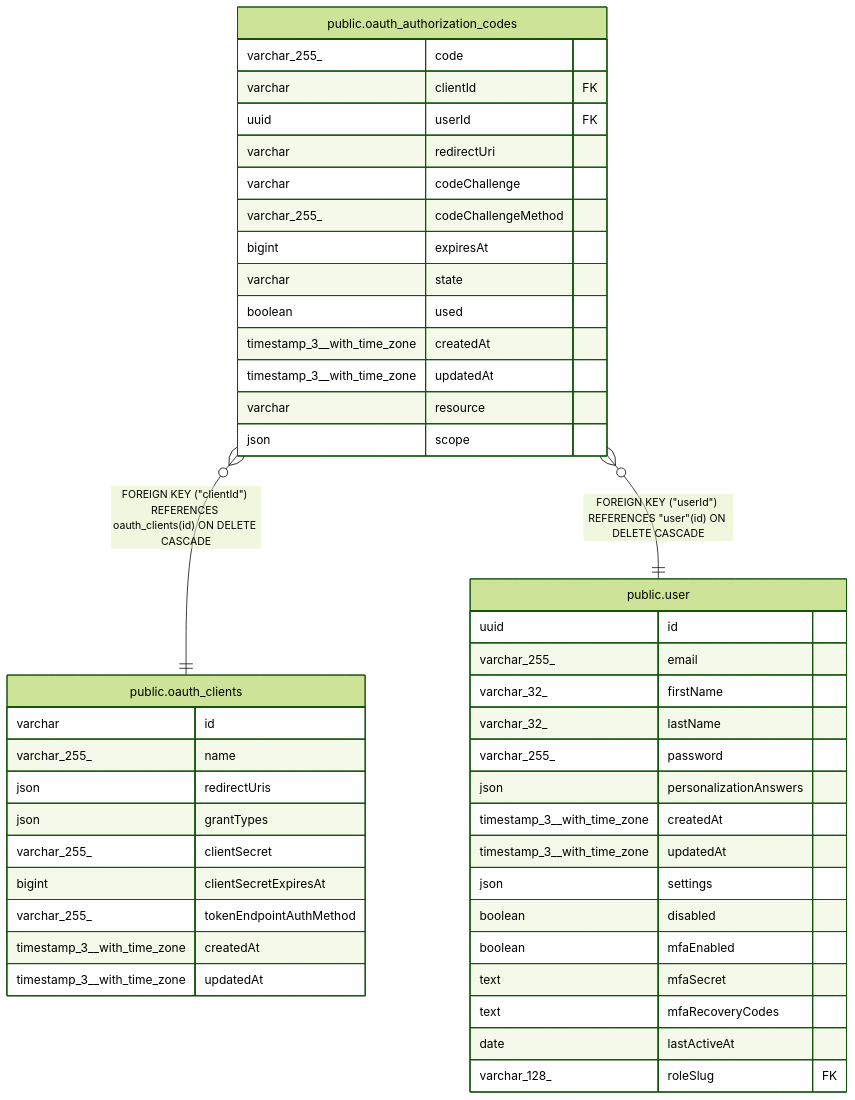
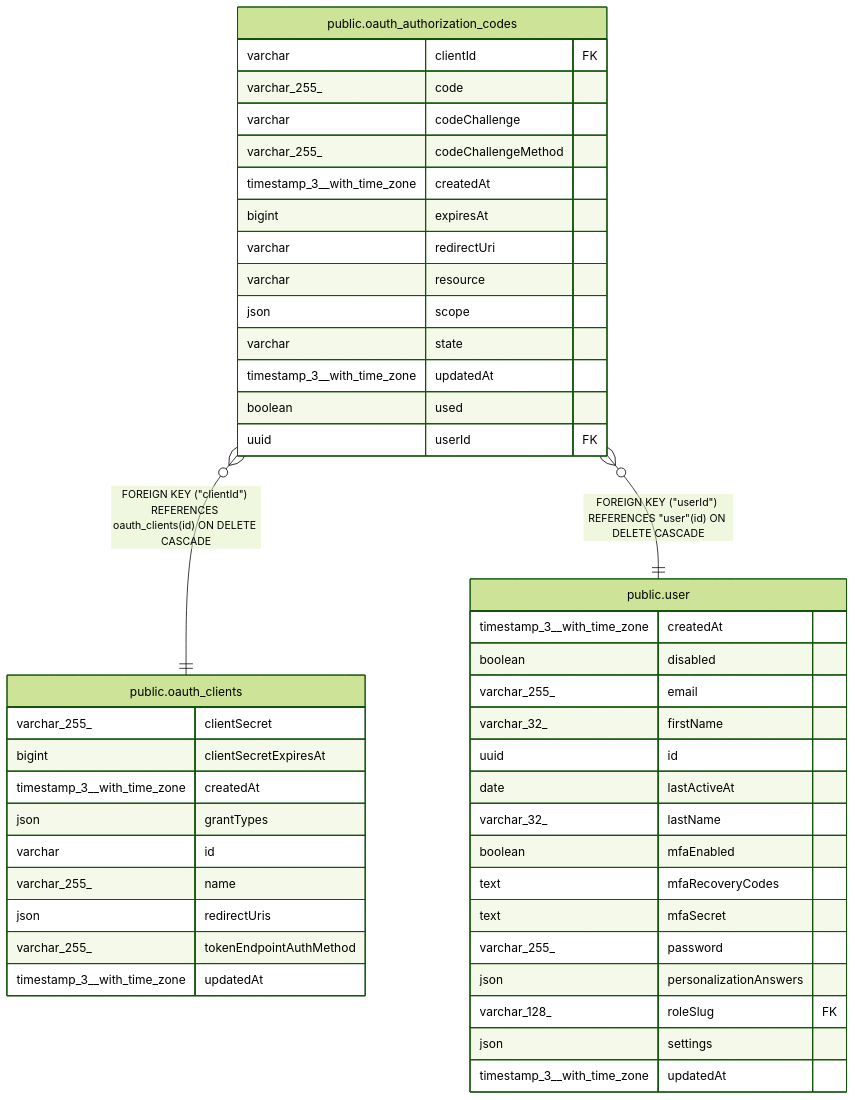
The diagram in docs/generated/postgres-schema/public.oauth_authorization_codes.md (mayankjain1815-commits/n8n), drawn with Mermaid (forest theme) before and after one commit. The commit also changed other lines of this file and 221 other files, not shown here.

Commit message:
chore(core): Make DB schema docs generation deterministic (#32373)

````diff
--- a/docs/generated/postgres-schema/public.oauth_authorization_codes.md
+++ b/docs/generated/postgres-schema/public.oauth_authorization_codes.md
@@ -48,50 +48,50 @@
 ```mermaid
 erDiagram
 
 "public.oauth_authorization_codes" }o--|| "public.oauth_clients" : "FOREIGN KEY (#quot;clientId#quot;) REFERENCES oauth_clients(id) ON DELETE CASCADE"
 "public.oauth_authorization_codes" }o--|| "public.user" : "FOREIGN KEY (#quot;userId#quot;) REFERENCES #quot;user#quot;(id) ON DELETE CASCADE"
 
 "public.oauth_authorization_codes" {
+  varchar clientId FK
   varchar_255_ code
-  varchar clientId FK
-  uuid userId FK
-  varchar redirectUri
   varchar codeChallenge
   varchar_255_ codeChallengeMethod
+  timestamp_3__with_time_zone createdAt
   bigint expiresAt
-  varchar state
-  boolean used
-  timestamp_3__with_time_zone createdAt
-  timestamp_3__with_time_zone updatedAt
+  varchar redirectUri
   varchar resource
   json scope
+  varchar state
+  timestamp_3__with_time_zone updatedAt
+  boolean used
+  uuid userId FK
 }
 "public.oauth_clients" {
+  varchar_255_ clientSecret
+  bigint clientSecretExpiresAt
+  timestamp_3__with_time_zone createdAt
+  json grantTypes
   varchar id
   varchar_255_ name
   json redirectUris
-  json grantTypes
-  varchar_255_ clientSecret
-  bigint clientSecretExpiresAt
   varchar_255_ tokenEndpointAuthMethod
-  timestamp_3__with_time_zone createdAt
   timestamp_3__with_time_zone updatedAt
 }
 "public.user" {
-  uuid id
+  timestamp_3__with_time_zone createdAt
+  boolean disabled
   varchar_255_ email
   varchar_32_ firstName
+  uuid id
+  date lastActiveAt
   varchar_32_ lastName
+  boolean mfaEnabled
+  text mfaRecoveryCodes
+  text mfaSecret
   varchar_255_ password
   json personalizationAnswers
-  timestamp_3__with_time_zone createdAt
+  varchar_128_ roleSlug FK
+  json settings
   timestamp_3__with_time_zone updatedAt
-  json settings
-  boolean disabled
-  boolean mfaEnabled
-  text mfaSecret
-  text mfaRecoveryCodes
-  date lastActiveAt
-  varchar_128_ roleSlug FK
 }
 ```
````
